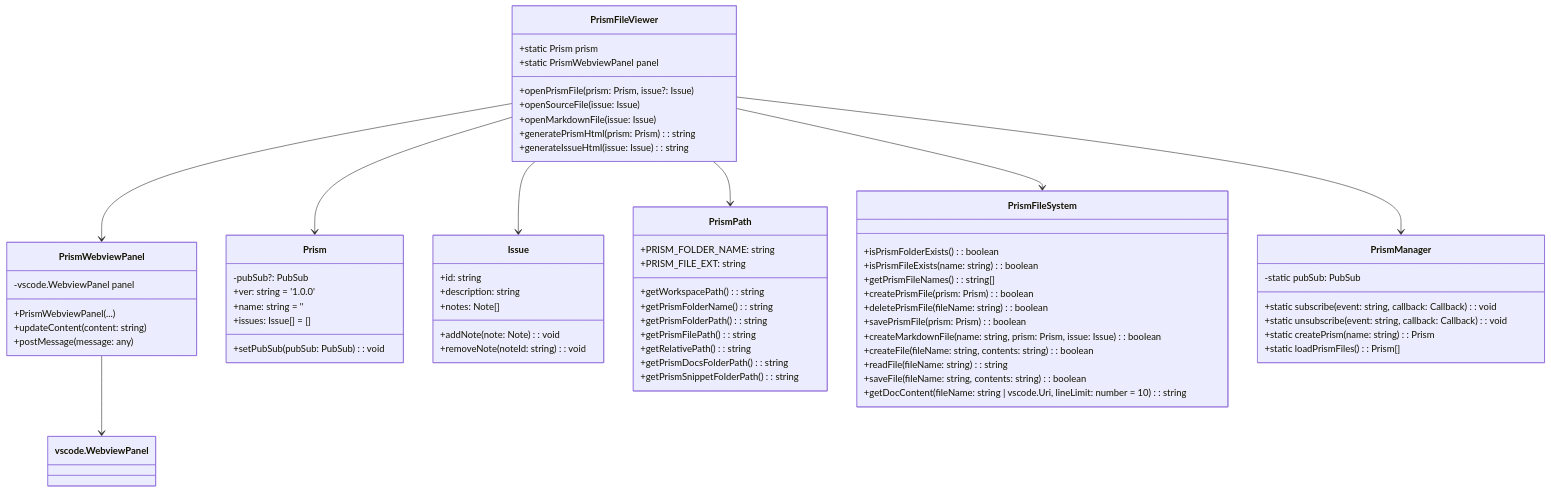
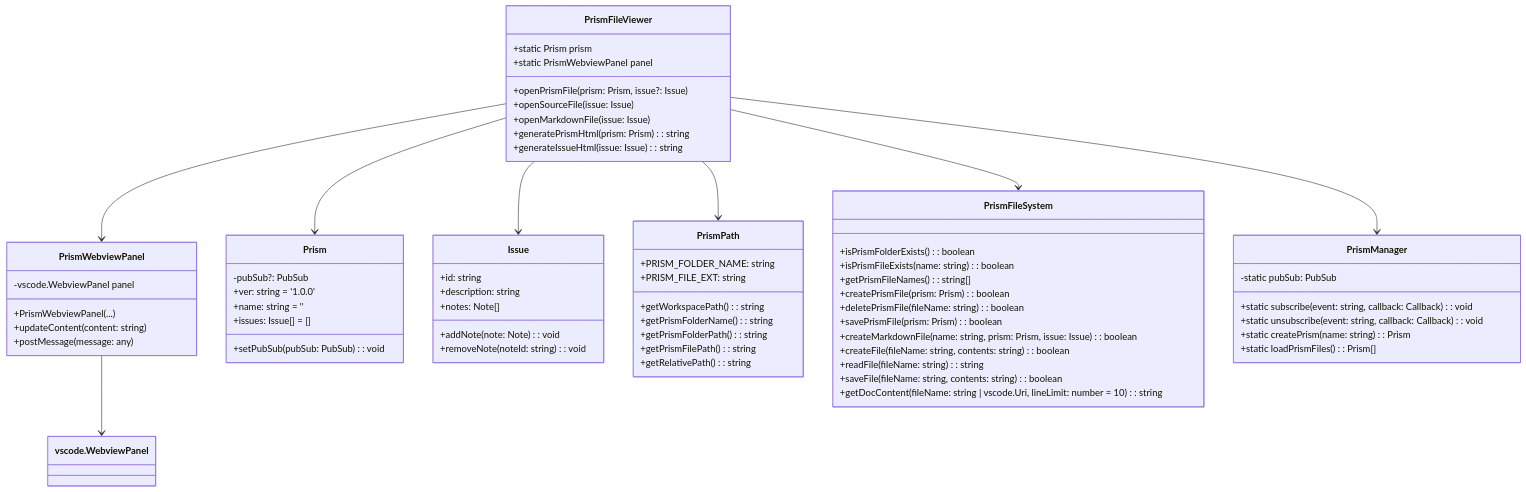
The diagram in .prism/docs/3edd7c0344aae1a866edab7c246531b1.md (negahama/NegahamaOrg.CodePrism), drawn with Mermaid before and after one commit. The commit also changed 13 other files, not shown here.

Commit message:
refactoring PrismPath and change PrismFileSystem's getDocContent() to async

````diff
--- a/.prism/docs/3edd7c0344aae1a866edab7c246531b1.md
+++ b/.prism/docs/3edd7c0344aae1a866edab7c246531b1.md
@@ -11,77 +11,75 @@
 ```mermaid
 classDiagram
   class PrismFileViewer {
     +static Prism prism
     +static PrismWebviewPanel panel
     +openPrismFile(prism: Prism, issue?: Issue)
     +openSourceFile(issue: Issue)
     +openMarkdownFile(issue: Issue)
     +generatePrismHtml(prism: Prism): string
     +generateIssueHtml(issue: Issue): string
   }
 
   class PrismWebviewPanel {
     -vscode.WebviewPanel panel
     +PrismWebviewPanel(...)
     +updateContent(content: string)
     +postMessage(message: any)
   }
 
   class Prism {
     -pubSub?: PubSub
     +ver: string = '1.0.0'
     +name: string = ''
     +issues: Issue[] = []
     +setPubSub(pubSub: PubSub): void
   }
 
   class Issue {
     +id: string
     +description: string
     +notes: Note[]
     +addNote(note: Note): void
     +removeNote(noteId: string): void
   }
 
   class PrismPath {
     +PRISM_FOLDER_NAME: string
     +PRISM_FILE_EXT: string
     +getWorkspacePath(): string
     +getPrismFolderName(): string
     +getPrismFolderPath(): string
     +getPrismFilePath(): string
     +getRelativePath(): string
-    +getPrismDocsFolderPath(): string
-    +getPrismSnippetFolderPath(): string
   }
 
   class PrismFileSystem {
     +isPrismFolderExists(): boolean
     +isPrismFileExists(name: string): boolean
     +getPrismFileNames(): string[]
     +createPrismFile(prism: Prism): boolean
     +deletePrismFile(fileName: string): boolean
     +savePrismFile(prism: Prism): boolean
     +createMarkdownFile(name: string, prism: Prism, issue: Issue): boolean
     +createFile(fileName: string, contents: string): boolean
     +readFile(fileName: string): string
     +saveFile(fileName: string, contents: string): boolean
     +getDocContent(fileName: string | vscode.Uri, lineLimit: number = 10): string
   }
 
   class PrismManager {
     -static pubSub: PubSub
     +static subscribe(event: string, callback: Callback): void
     +static unsubscribe(event: string, callback: Callback): void
     +static createPrism(name: string): Prism
     +static loadPrismFiles(): Prism[]
   }
 
   PrismFileViewer --> Prism
   PrismFileViewer --> Issue
   PrismFileViewer --> PrismWebviewPanel
   PrismWebviewPanel --> vscode.WebviewPanel
   PrismFileViewer --> PrismPath
   PrismFileViewer --> PrismFileSystem
   PrismFileViewer --> PrismManager
 ```
````
